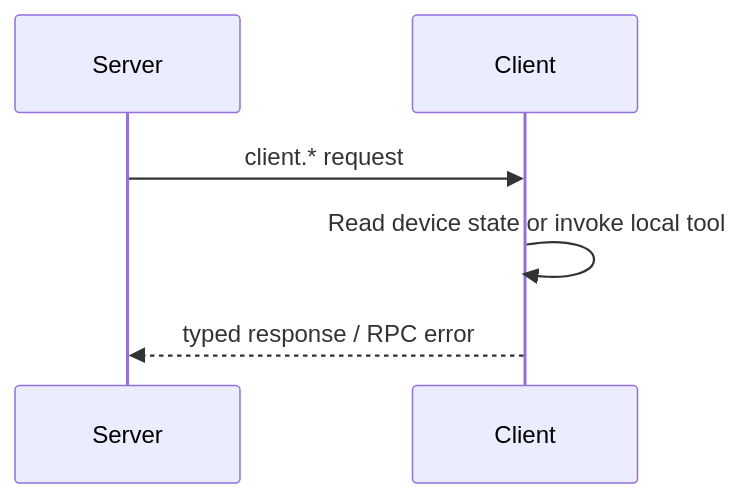
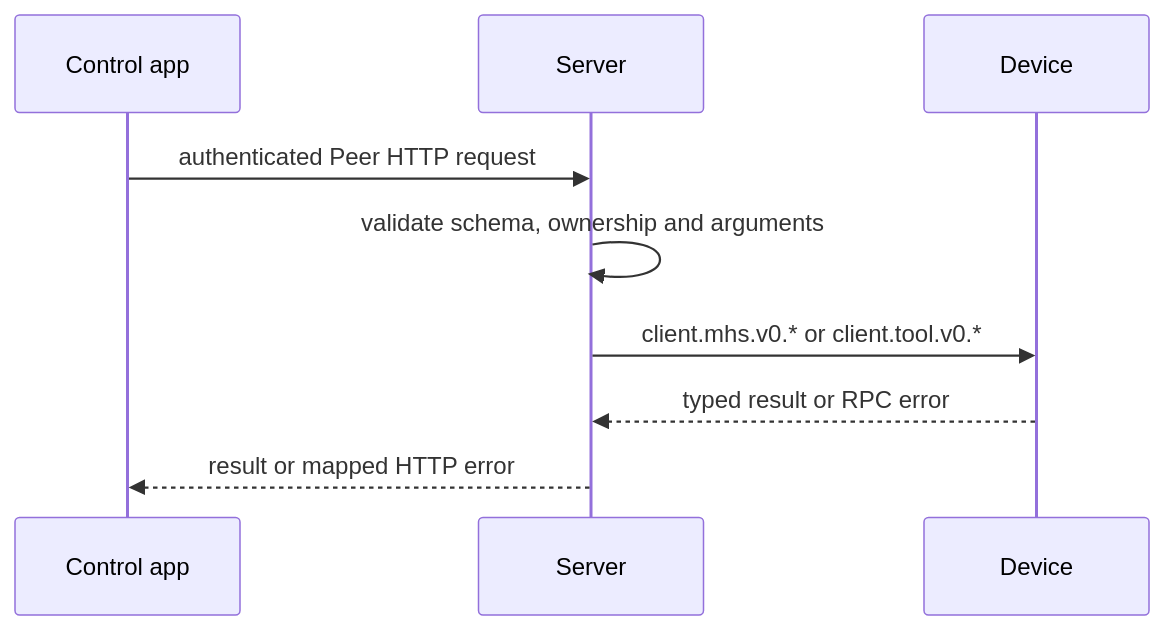
The diagram in guides/en/developing/api/proto/rpc/client-provided-to-server.md (GizClaw/gizclaw), drawn with Mermaid before and after one commit. The commit also changed other lines of this file and 265 other files, not shown here.

First line of the commit message:
api/rpc: make mhs/v0 and tool/v0 the complete device surface

````diff
--- a/guides/en/developing/api/proto/rpc/client-provided-to-server.md
+++ b/guides/en/developing/api/proto/rpc/client-provided-to-server.md
@@ -9,8 +5,11 @@
 ```mermaid
 sequenceDiagram
+    participant Control as Control app
     participant Server
-    participant Client
-    Server->>Client: client.* request
-    Client->>Client: Read device state or invoke local tool
-    Client-->>Server: typed response / RPC error
+    participant Device
+    Control->>Server: authenticated Peer HTTP request
+    Server->>Server: validate schema, ownership and arguments
+    Server->>Device: client.mhs.v0.* or client.tool.v0.*
+    Device-->>Server: typed result or RPC error
+    Server-->>Control: result or mapped HTTP error
 ```
````
